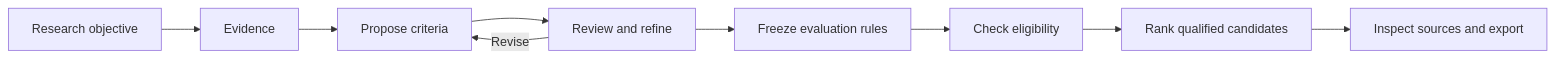
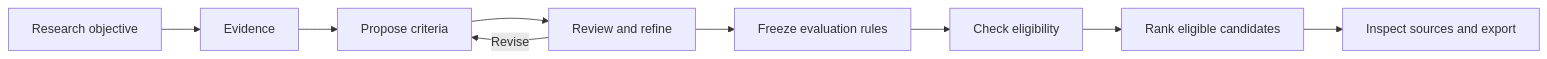
Before and after one commit to YWDDLiang03/mas: the diagram in README.md, drawn with Mermaid. The commit also changed other lines of this file and 49 other files, not shown here.

````diff
--- a/README.md
+++ b/README.md
@@ -11,11 +16,11 @@
 ```mermaid
 flowchart LR
     A[Research objective] --> B[Evidence]
     B --> C[Propose criteria]
     C --> D[Review and refine]
     D -->|Revise| C
     D --> E[Freeze evaluation rules]
     E --> F[Check eligibility]
-    F --> G[Rank qualified candidates]
+    F --> G[Rank eligible candidates]
     G --> H[Inspect sources and export]
 ```
````
